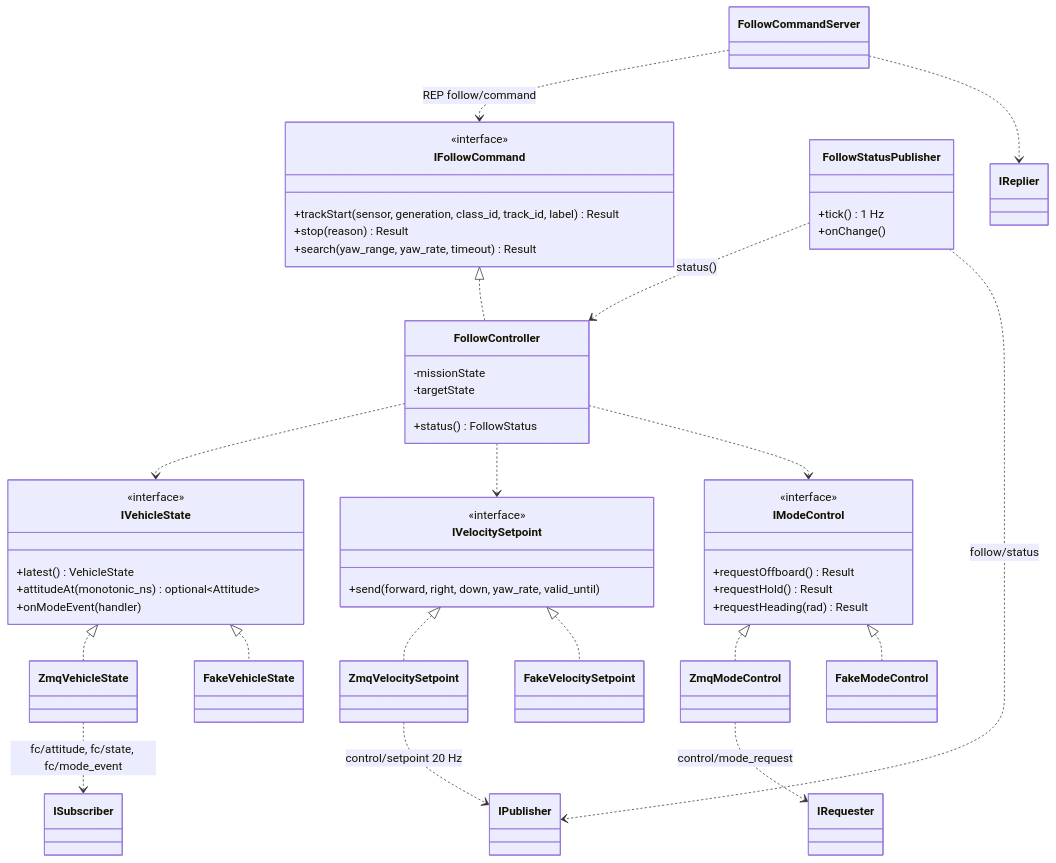
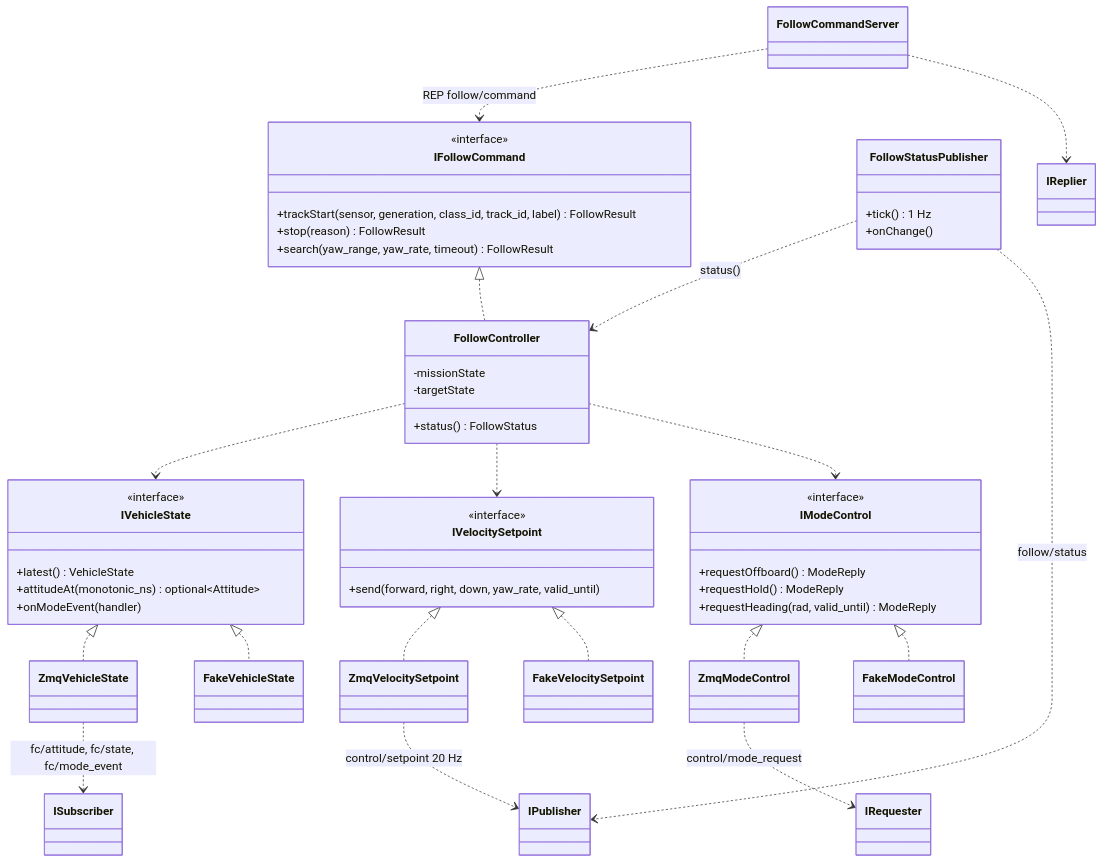
One commit to lig-argus/argus-edge-vision changed the diagram in docs/design/uml/class_follow.md. Above: the diagram before and after it, drawn with Mermaid. The commit also changed other lines of this file and 5 other files, not shown here.

First line of the commit message:
docs: UML 에 추적·추종 담당 리뷰 반영

````diff
--- a/docs/design/uml/class_follow.md
+++ b/docs/design/uml/class_follow.md
@@ -9,59 +9,59 @@
 ```mermaid
 classDiagram
     class IVehicleState {
         <<interface>>
         +latest() VehicleState
         +attitudeAt(monotonic_ns) optional~Attitude~
         +onModeEvent(handler)
     }
     class IVelocitySetpoint {
         <<interface>>
         +send(forward, right, down, yaw_rate, valid_until)
     }
     class IModeControl {
         <<interface>>
-        +requestOffboard() Result
-        +requestHold() Result
-        +requestHeading(rad) Result
+        +requestOffboard() ModeReply
+        +requestHold() ModeReply
+        +requestHeading(rad, valid_until) ModeReply
     }
     class IFollowCommand {
         <<interface>>
-        +trackStart(sensor, generation, class_id, track_id, label) Result
-        +stop(reason) Result
-        +search(yaw_range, yaw_rate, timeout) Result
+        +trackStart(sensor, generation, class_id, track_id, label) FollowResult
+        +stop(reason) FollowResult
+        +search(yaw_range, yaw_rate, timeout) FollowResult
     }
     class FollowController {
         -missionState
         -targetState
         +status() FollowStatus
     }
     class ZmqVehicleState
     class ZmqVelocitySetpoint
     class ZmqModeControl
     class FollowCommandServer
     class FollowStatusPublisher {
         +tick() 1 Hz
         +onChange()
     }
     class FakeVehicleState
     class FakeVelocitySetpoint
     class FakeModeControl
 
     IVehicleState <|.. ZmqVehicleState
     IVehicleState <|.. FakeVehicleState
     IVelocitySetpoint <|.. ZmqVelocitySetpoint
     IVelocitySetpoint <|.. FakeVelocitySetpoint
     IModeControl <|.. ZmqModeControl
     IModeControl <|.. FakeModeControl
     IFollowCommand <|.. FollowController
     FollowController ..> IVehicleState
     FollowController ..> IVelocitySetpoint
     FollowController ..> IModeControl
     FollowCommandServer ..> IFollowCommand : REP follow/command
     FollowStatusPublisher ..> FollowController : status()
     ZmqVehicleState ..> ISubscriber : fc/attitude, fc/state, fc/mode_event
     ZmqVelocitySetpoint ..> IPublisher : control/setpoint 20 Hz
     ZmqModeControl ..> IRequester : control/mode_request
     FollowCommandServer ..> IReplier
     FollowStatusPublisher ..> IPublisher : follow/status
 ```
````
